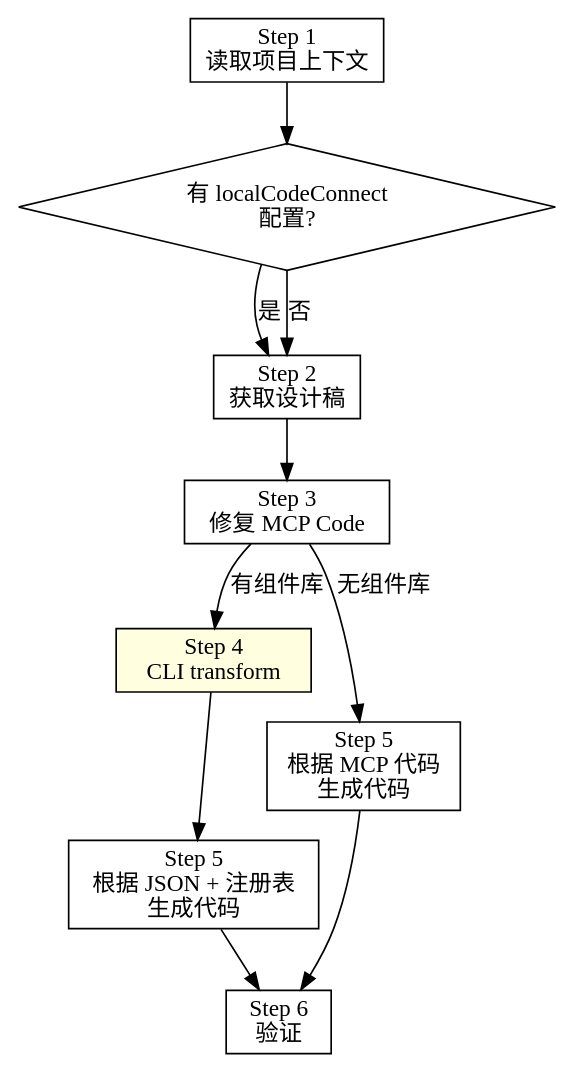
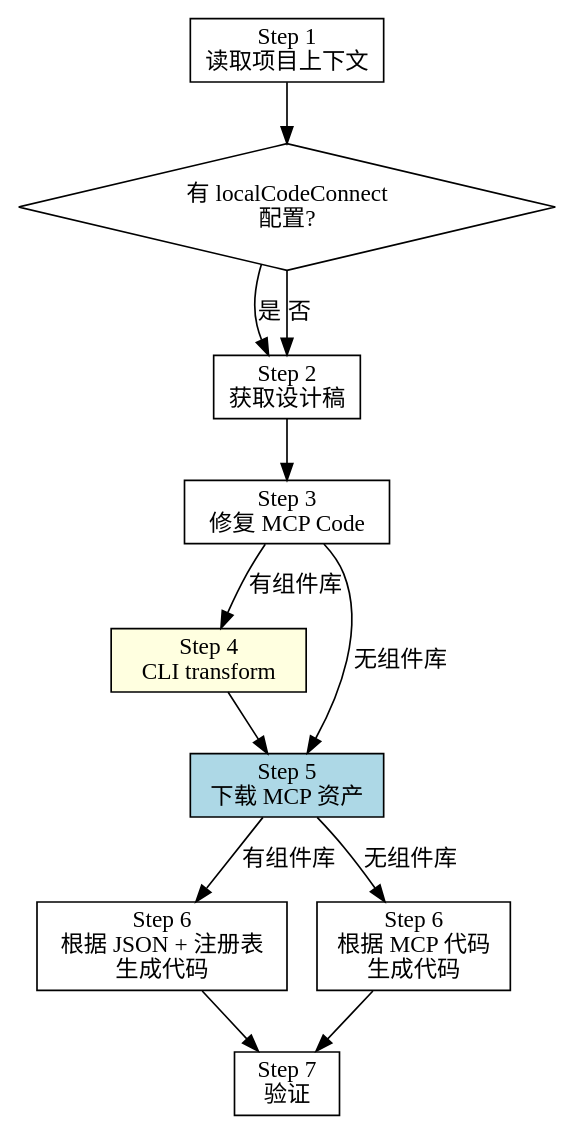
One commit to XRenSiu/claude-code-forge changed the second of 2 diagrams in plugins/pdforge/skills/figma-to-code/SKILL.md. Above: the diagram before and after it, drawn with Graphviz. The commit also changed other lines of this file and 4 other files, not shown here.

First line of the commit message:
feat: add MCP asset download step to figma-to-code workflow

````diff
--- a/plugins/pdforge/skills/figma-to-code/SKILL.md
+++ b/plugins/pdforge/skills/figma-to-code/SKILL.md
@@ -50,24 +50,27 @@
 ```dot
 digraph {
     rankdir=TB;
-    
+
     s1 [label="Step 1\n读取项目上下文" shape=box];
     q1 [label="有 localCodeConnect\n配置?" shape=diamond];
     s2 [label="Step 2\n获取设计稿" shape=box];
     s3 [label="Step 3\n修复 MCP Code" shape=box];
     s4 [label="Step 4\nCLI transform" shape=box style=filled fillcolor=lightyellow];
-    s5a [label="Step 5\n根据 JSON + 注册表\n生成代码" shape=box];
-    s5b [label="Step 5\n根据 MCP 代码\n生成代码" shape=box];
-    s6 [label="Step 6\n验证" shape=box];
-    
+    s5 [label="Step 5\n下载 MCP 资产" shape=box style=filled fillcolor=lightblue];
+    s6a [label="Step 6\n根据 JSON + 注册表\n生成代码" shape=box];
+    s6b [label="Step 6\n根据 MCP 代码\n生成代码" shape=box];
+    s7 [label="Step 7\n验证" shape=box];
+
     s1 -> q1;
     q1 -> s2 [label="是"];
     q1 -> s2 [label="否"];
     s2 -> s3;
     s3 -> s4 [label="有组件库"];
-    s3 -> s5b [label="无组件库"];
-    s4 -> s5a;
-    s5a -> s6;
-    s5b -> s6;
+    s3 -> s5 [label="无组件库"];
+    s4 -> s5;
+    s5 -> s6a [label="有组件库"];
+    s5 -> s6b [label="无组件库"];
+    s6a -> s7;
+    s6b -> s7;
 }
 ```
````
